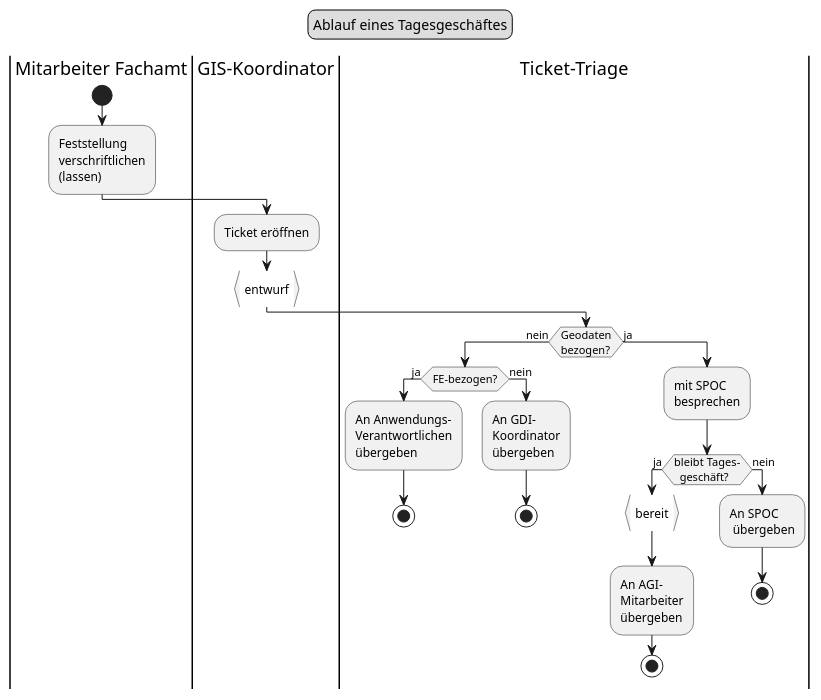
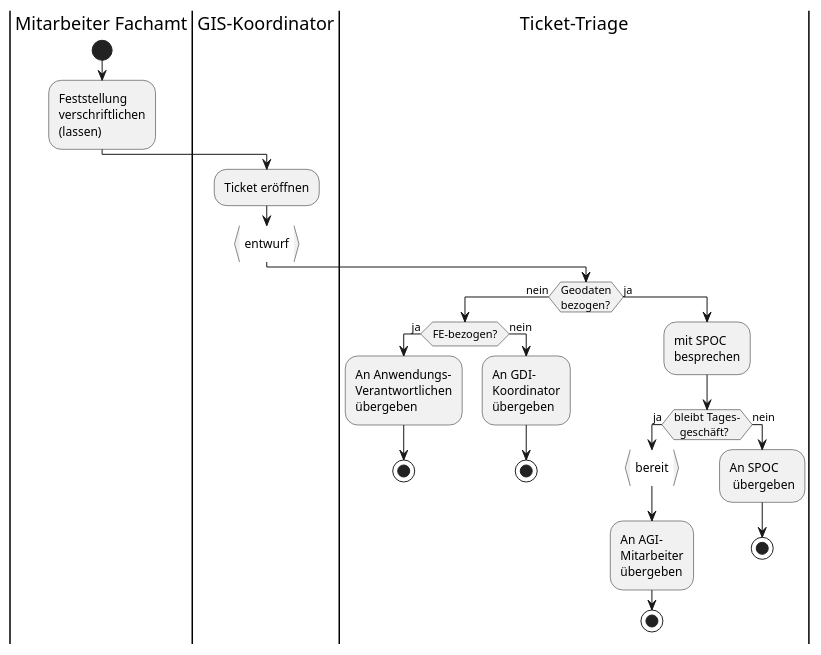
Before and after one commit to ojeker/docktick: the diagram in puml/src/flow_triage.puml, drawn with PlantUML. The commit also changed 2 other files, not shown here.

```diff
--- a/puml/src/flow_triage.puml
+++ b/puml/src/flow_triage.puml
@@ -1,44 +1,41 @@
 @startuml
-legend top
-	Ablauf eines Tagesgeschäftes
-end legend
 |Mitarbeiter Fachamt|
 start
 :Feststellung
 verschriftlichen
 (lassen);
 |GIS-Koordinator|
 :Ticket eröffnen;
 :entwurf}
 |Ticket-Triage|
 if (Geodaten
 bezogen?) then (nein)
   if (FE-bezogen?) then (ja)
     :An Anwendungs-
     Verantwortlichen
     übergeben;
     stop
   else (nein)
     :An GDI-
     Koordinator
     übergeben;
     stop
   endif
 else (ja)
   :mit SPOC
   besprechen;
   if (bleibt Tages-
   geschäft?) then (ja)
     :bereit}
     :An AGI-
     Mitarbeiter
     übergeben;
     stop
   else (nein)
     |Ticket-Triage|
   	:An SPOC
     übergeben;
     stop
   endif
 endif
 @enduml
```
